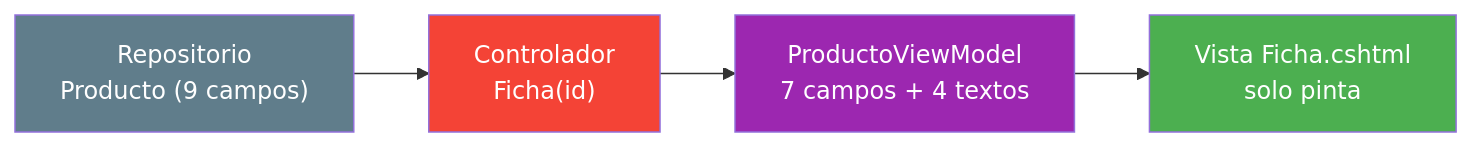
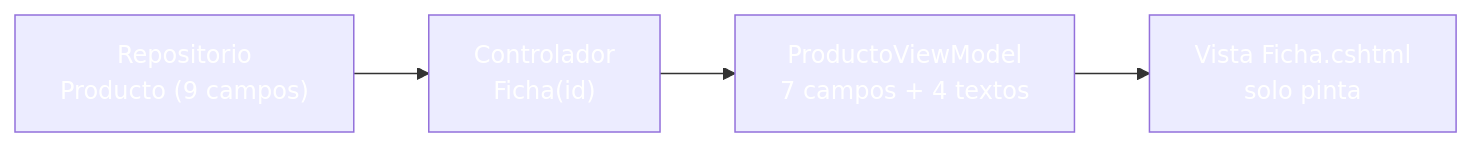
One commit to joseluisgs/DesarrolloWebEntornosServidor-03-2026-2027 changed the first of 4 diagrams in 09-mvc-vistas-viewmodels.md. Above: the diagram before and after it, drawn with Mermaid. The commit also changed other lines of this file and 30 other files, not shown here.

````diff
--- a/09-mvc-vistas-viewmodels.md
+++ b/09-mvc-vistas-viewmodels.md
@@ -183,10 +183,10 @@
 ```mermaid
 graph LR
     A["Repositorio<br/>Producto (9 campos)"] --> B["Controlador<br/>Ficha(id)"]
     B --> C["ProductoViewModel<br/>7 campos + 4 textos"]
     C --> D["Vista Ficha.cshtml<br/>solo pinta"]
-    style A fill:#607D8B,color:#fff
-    style B fill:#f44336,color:#fff
-    style C fill:#9C27B0,color:#fff
-    style D fill:#4CAF50,color:#fff
+    style A fill:#607D8,color:#fffB,color:#fff
+    style B fill:#f4433,color:#fff6,color:#fff
+    style C fill:#9C27B,color:#fff0,color:#fff
+    style D fill:#4CAF5,color:#fff0,color:#fff
 ```
````
